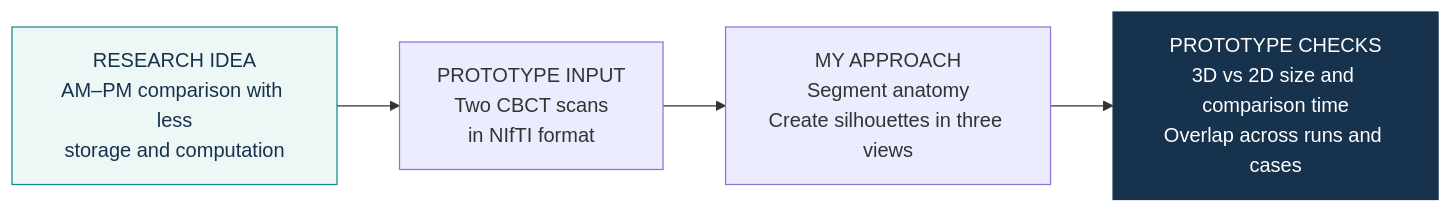
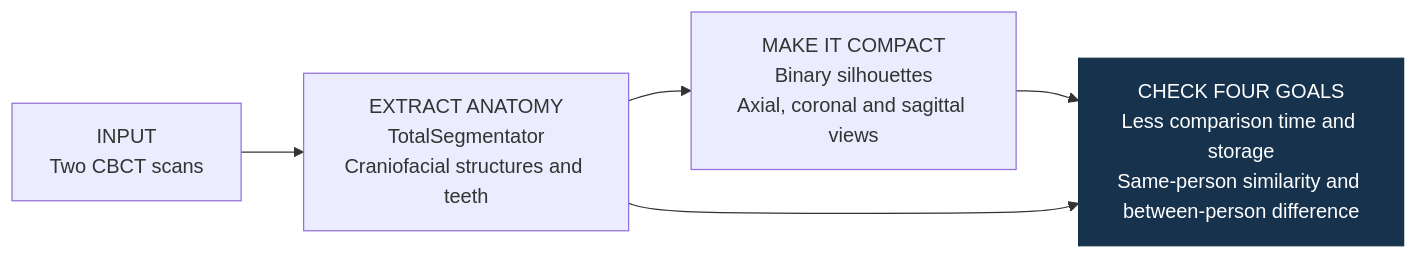
One commit to trungnb/3D-Craniofacial-Pipeline changed the diagram in README.md. Above: the diagram before and after it, drawn with Mermaid. The commit also changed other lines of this file and 29 other files, not shown here.

Commit message:
Focus portfolio on four prototype goals and eight core files

````diff
--- a/README.md
+++ b/README.md
@@ -11,11 +22,9 @@
 ```mermaid
 flowchart LR
-    Q["RESEARCH IDEA<br/>AM–PM comparison with less<br/>storage and computation"]
-    Q --> A["PROTOTYPE INPUT<br/>Two CBCT scans<br/>in NIfTI format"]
-    A --> B["MY APPROACH<br/>Segment anatomy<br/>Create silhouettes in three views"]
-    B --> C["PROTOTYPE CHECKS<br/>3D vs 2D size and comparison time<br/>Overlap across runs and cases"]
-    classDef idea fill:#EDF7F6,stroke:#168B8A,color:#17324D
-    classDef output fill:#17324D,stroke:#17324D,color:#FFFFFF
-    class Q idea
-    class C output
+    A["INPUT<br/>Two CBCT scans"] --> B["EXTRACT ANATOMY<br/>TotalSegmentator<br/>Craniofacial structures and teeth"]
+    B --> C["MAKE IT COMPACT<br/>Binary silhouettes<br/>Axial, coronal and sagittal views"]
+    C --> D["CHECK FOUR GOALS<br/>Less comparison time and storage<br/>Same-person similarity and between-person difference"]
+    B --> D
+    classDef result fill:#17324D,stroke:#17324D,color:#FFFFFF
+    class D result
 ```
````
